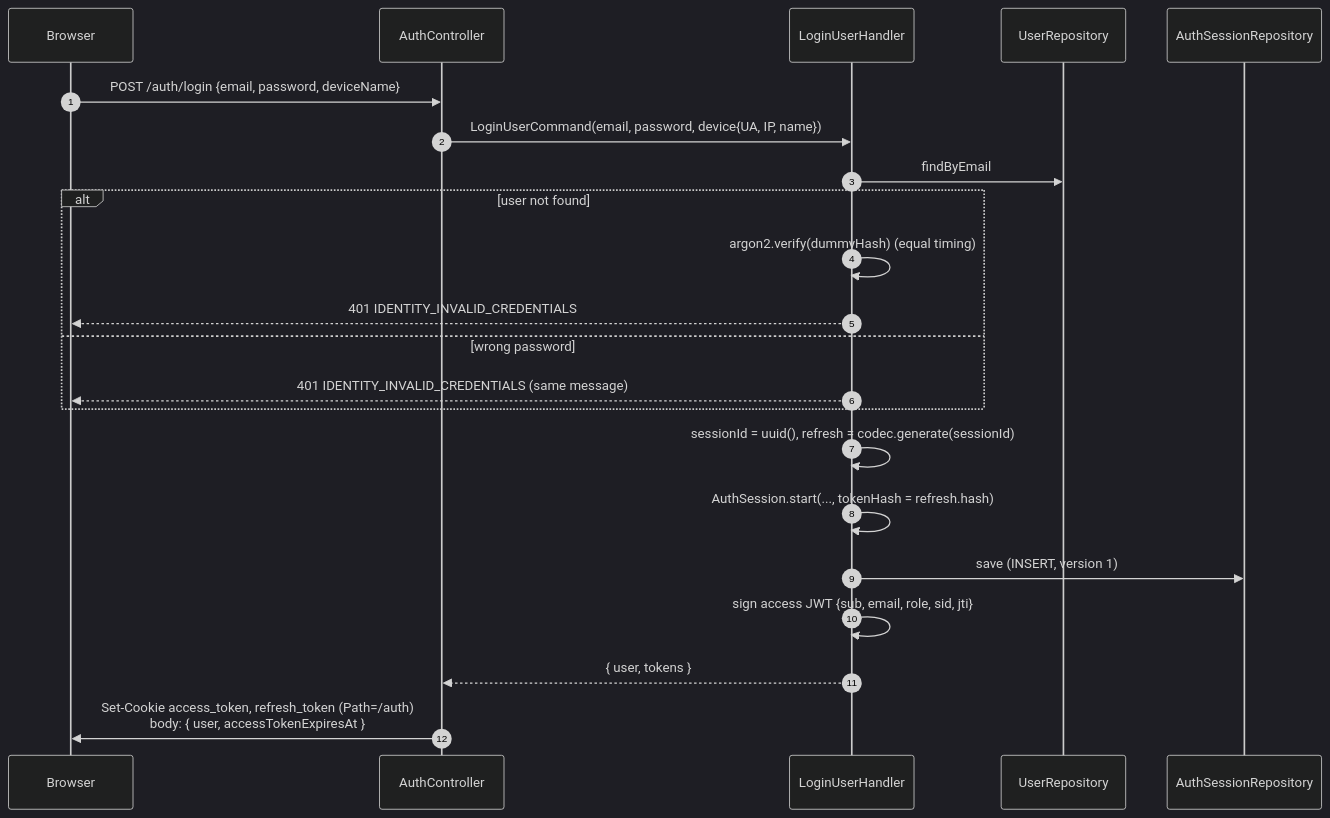
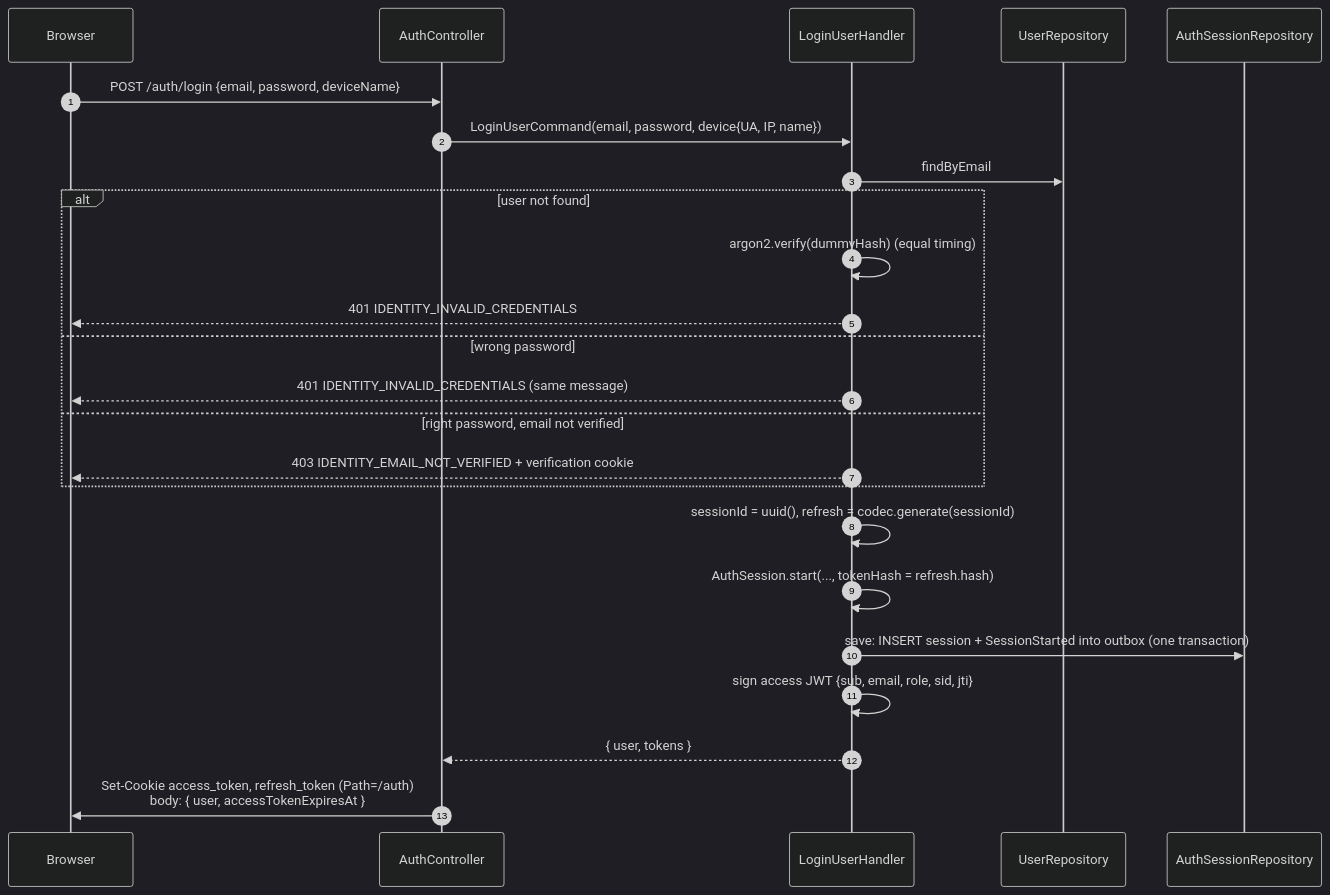
The first of 5 diagrams in docs/AUTHENTICATION.md (ankitkumarguptaop/TicketBooking-Backend), drawn with Mermaid (dark theme) before and after one commit. The commit also changed other lines of this file and 89 other files, not shown here.

First line of the commit message:
feat(identity): implement admin access request system with outbox pattern

````diff
--- a/docs/AUTHENTICATION.md
+++ b/docs/AUTHENTICATION.md
@@ -187,24 +202,26 @@
 ```mermaid
 sequenceDiagram
     autonumber
     participant B as Browser
     participant C as AuthController
     participant H as LoginUserHandler
     participant U as UserRepository
     participant S as AuthSessionRepository
     B->>C: POST /auth/login {email, password, deviceName}
     C->>H: LoginUserCommand(email, password, device{UA, IP, name})
     H->>U: findByEmail
     alt user not found
         H->>H: argon2.verify(dummyHash) (equal timing)
         H-->>B: 401 IDENTITY_INVALID_CREDENTIALS
     else wrong password
         H-->>B: 401 IDENTITY_INVALID_CREDENTIALS (same message)
+    else right password, email not verified
+        H-->>B: 403 IDENTITY_EMAIL_NOT_VERIFIED + verification cookie
     end
     H->>H: sessionId = uuid(), refresh = codec.generate(sessionId)
     H->>H: AuthSession.start(..., tokenHash = refresh.hash)
-    H->>S: save (INSERT, version 1)
+    H->>S: save: INSERT session + SessionStarted into outbox (one transaction)
     H->>H: sign access JWT {sub, email, role, sid, jti}
     H-->>C: { user, tokens }
     C->>B: Set-Cookie access_token, refresh_token (Path=/auth)<br/>body: { user, accessTokenExpiresAt }
 ```
````
